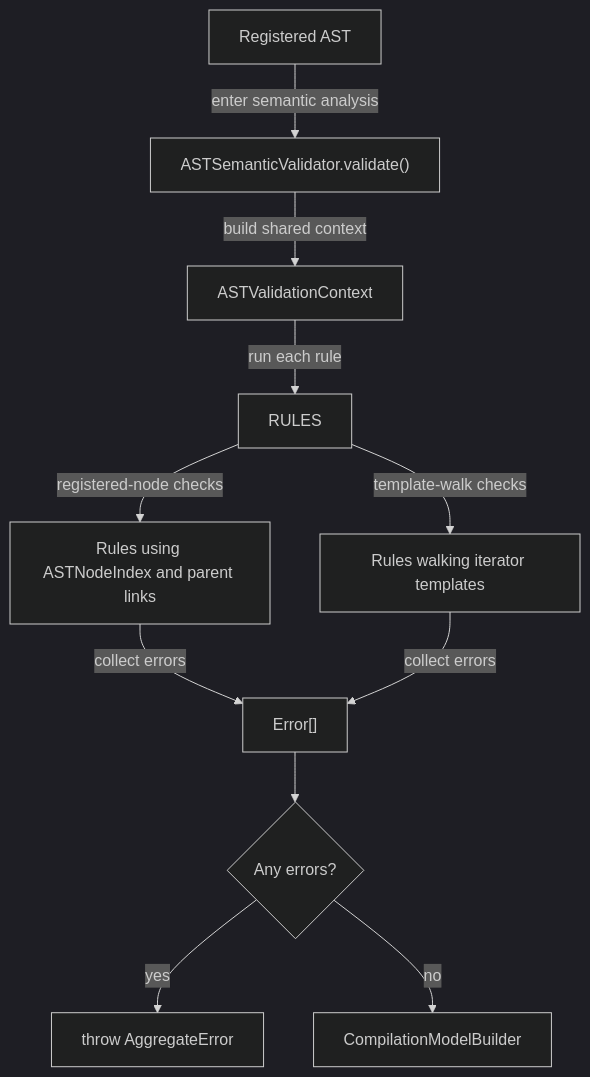
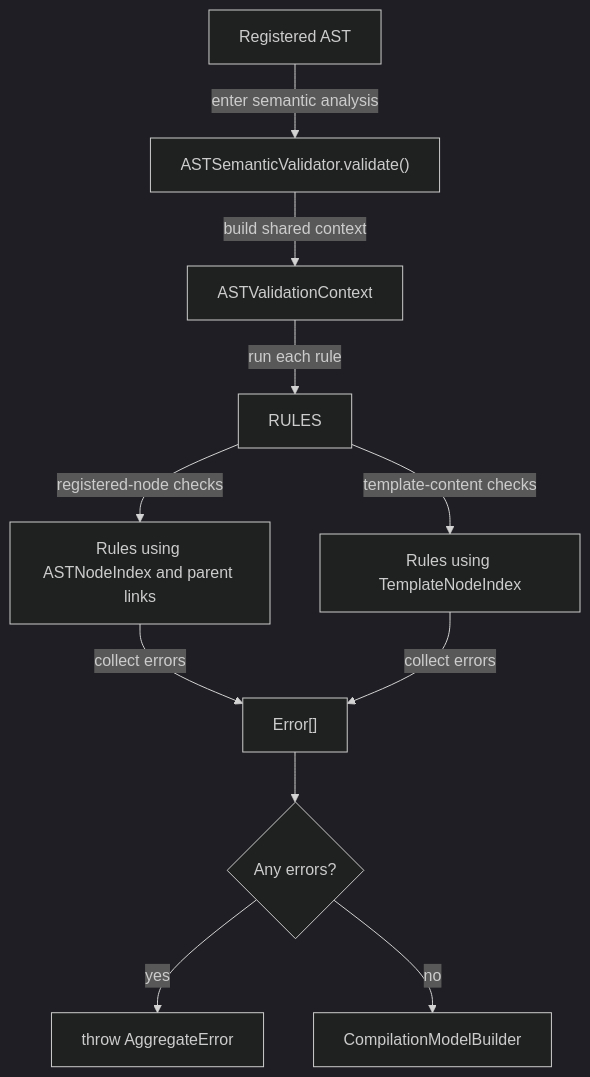
One commit to ministryofjustice/hmpps-forge changed the diagram in packages/forge-core/src/engine/concerns/semantic-analysis/README.md. Above: the diagram before and after it, drawn with Mermaid (dark theme). The commit also changed other lines of this file and 44 other files, not shown here.

Commit message:
Tidy up template walking in semantic-analysis / node indexing

````diff
--- a/packages/forge-core/src/engine/concerns/semantic-analysis/README.md
+++ b/packages/forge-core/src/engine/concerns/semantic-analysis/README.md
@@ -121,13 +123,13 @@
 ```mermaid
 flowchart TD
   rootAst["Registered AST"] -->|enter semantic analysis| semanticValidator["ASTSemanticValidator.validate()"]
   semanticValidator -->|build shared context| validationContext["ASTValidationContext"]
   validationContext -->|run each rule| rules["RULES"]
   rules -->|registered-node checks| registeredRules["Rules using ASTNodeIndex and parent links"]
-  rules -->|template-walk checks| templateRules["Rules walking iterator templates"]
+  rules -->|template-content checks| templateRules["Rules using TemplateNodeIndex"]
   registeredRules -->|collect errors| errors["Error[]"]
   templateRules -->|collect errors| errors
   errors --> hasErrors{"Any errors?"}
   hasErrors -->|yes| aggregateError["throw AggregateError"]
   hasErrors -->|no| analysisStage["CompilationModelBuilder"]
 ```
````
